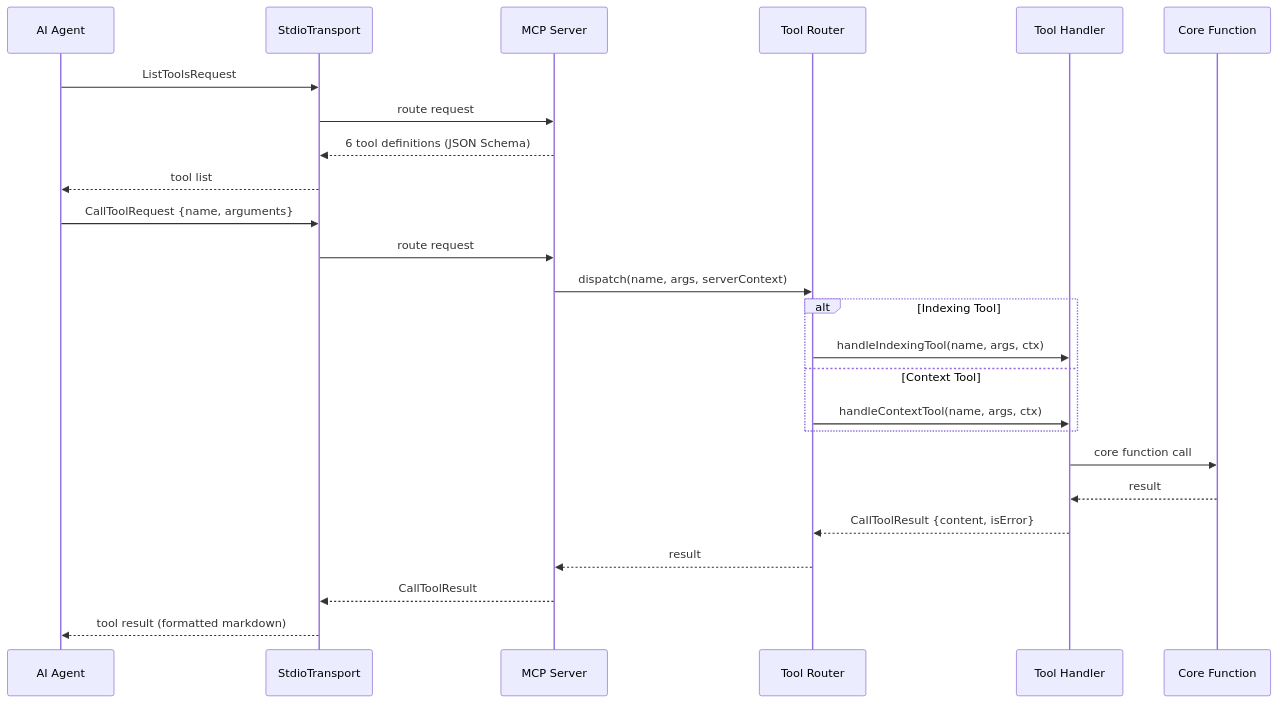
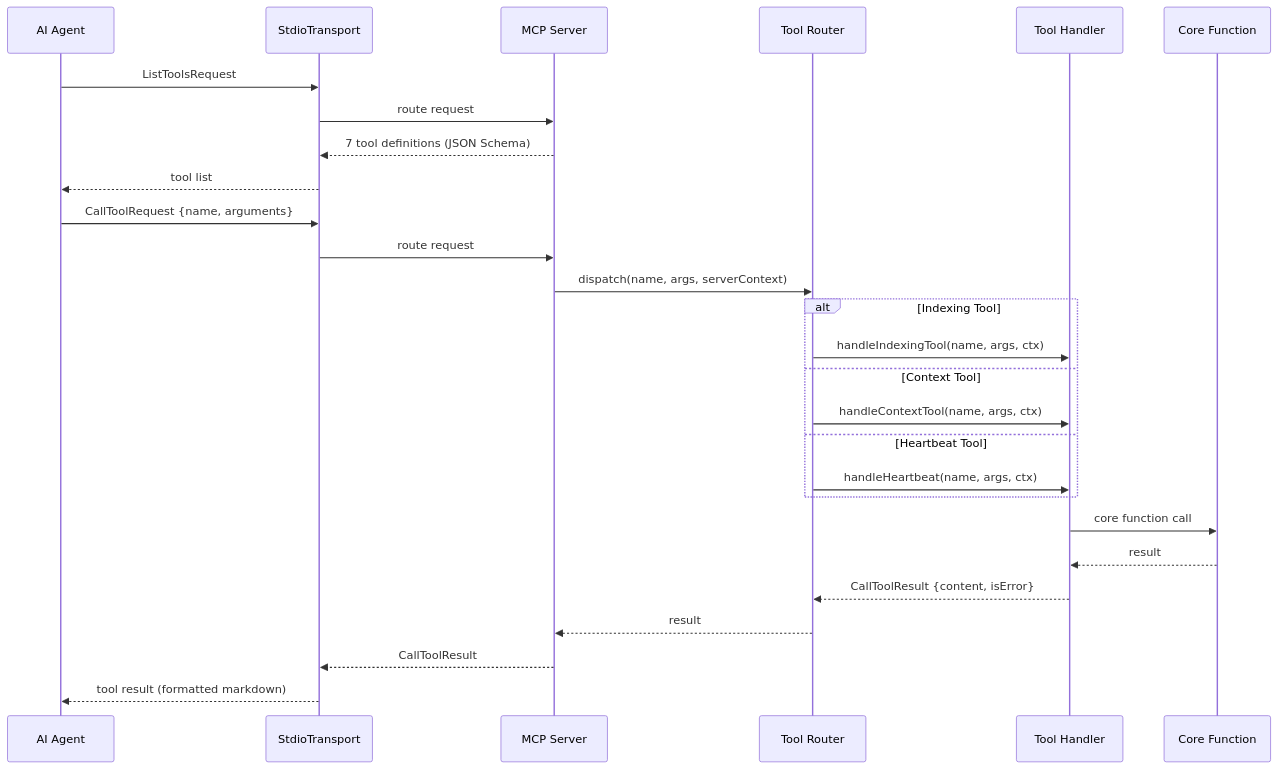
Before and after one commit to nella-labs/nella: the second of 4 diagrams in docs/architecture/mcp-server.md, drawn with Mermaid. The commit also changed other lines of this file, not shown here.

Commit message:
docs: update MCP architecture overview

````diff
--- a/docs/architecture/mcp-server.md
+++ b/docs/architecture/mcp-server.md
@@ -64,31 +71,33 @@
 ```mermaid
 sequenceDiagram
     participant A as AI Agent
     participant T as StdioTransport
     participant S as MCP Server
     participant R as Tool Router
     participant H as Tool Handler
     participant F as Core Function
 
     A->>T: ListToolsRequest
     T->>S: route request
-    S-->>T: 6 tool definitions (JSON Schema)
+    S-->>T: 7 tool definitions (JSON Schema)
     T-->>A: tool list
 
     A->>T: CallToolRequest {name, arguments}
     T->>S: route request
     S->>R: dispatch(name, args, serverContext)
 
     alt Indexing Tool
         R->>H: handleIndexingTool(name, args, ctx)
     else Context Tool
         R->>H: handleContextTool(name, args, ctx)
+    else Heartbeat Tool
+        R->>H: handleHeartbeat(name, args, ctx)
     end
 
     H->>F: core function call
     F-->>H: result
     H-->>R: CallToolResult {content, isError}
     R-->>S: result
     S-->>T: CallToolResult
     T-->>A: tool result (formatted markdown)
 ```
````
